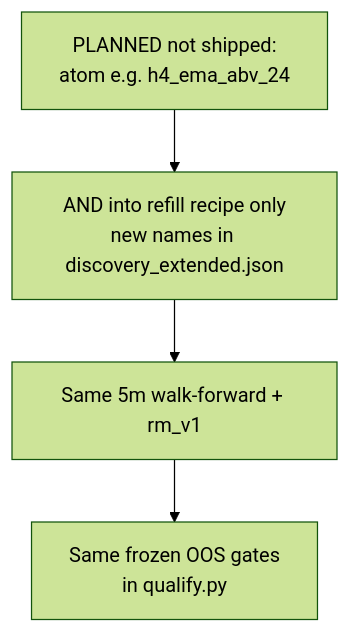
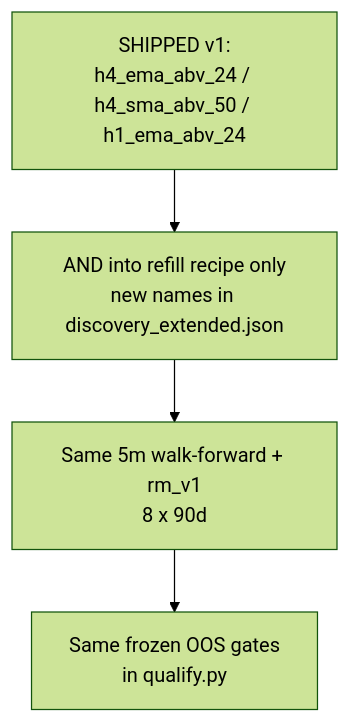
One commit to Runemark7/paper-trading-bot changed the third of 3 diagrams in docs/WORKFLOW.md. Above: the diagram before and after it, drawn with Mermaid (forest theme). The commit also changed other lines of this file and 12 other files, not shown here.

First line of the commit message:
feat: causal HTF buyer-regime atoms (mint/parser only) (#48)

````diff
--- a/docs/WORKFLOW.md
+++ b/docs/WORKFLOW.md
@@ -125,9 +132,9 @@
 ```mermaid
 flowchart TB
-  planned["PLANNED not shipped:\natom e.g. h4_ema_abv_24"]
+  shipped["SHIPPED v1:\nh4_ema_abv_24 / h4_sma_abv_50 / h1_ema_abv_24"]
   mintOnly["AND into refill recipe only\nnew names in discovery_extended.json"]
-  sameEval["Same 5m walk-forward + rm_v1"]
+  sameEval["Same 5m walk-forward + rm_v1\n8 x 90d"]
   sameGate["Same frozen OOS gates\nin qualify.py"]
 
-  planned --> mintOnly --> sameEval --> sameGate
+  shipped --> mintOnly --> sameEval --> sameGate
 ```
````
